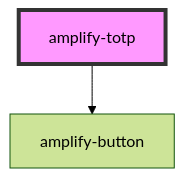
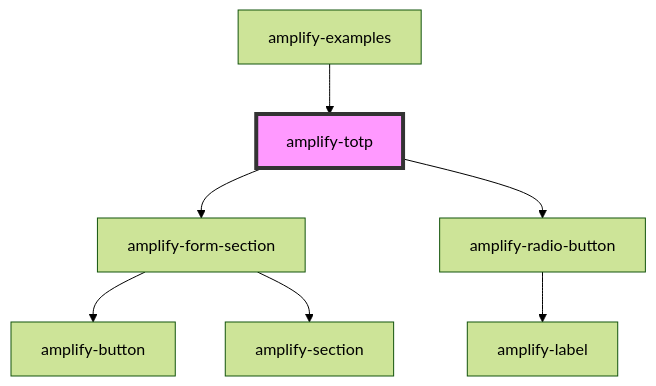
Before and after one commit to aws-amplify/amplify-js: the diagram in packages/amplify-ui-components/src/components/amplify-totp/readme.md, drawn with Mermaid (forest theme). The commit also changed other lines of this file and 13 other files, not shown here.

````diff
--- a/packages/amplify-ui-components/src/components/amplify-totp/readme.md
+++ b/packages/amplify-ui-components/src/components/amplify-totp/readme.md
@@ -21,5 +26,10 @@
 ```mermaid
 graph TD;
-  amplify-totp --> amplify-button
+  amplify-totp --> amplify-form-section
+  amplify-totp --> amplify-radio-button
+  amplify-form-section --> amplify-button
+  amplify-form-section --> amplify-section
+  amplify-radio-button --> amplify-label
+  amplify-examples --> amplify-totp
   style amplify-totp fill:#f9f,stroke:#333,stroke-width:4px
 ```
````
